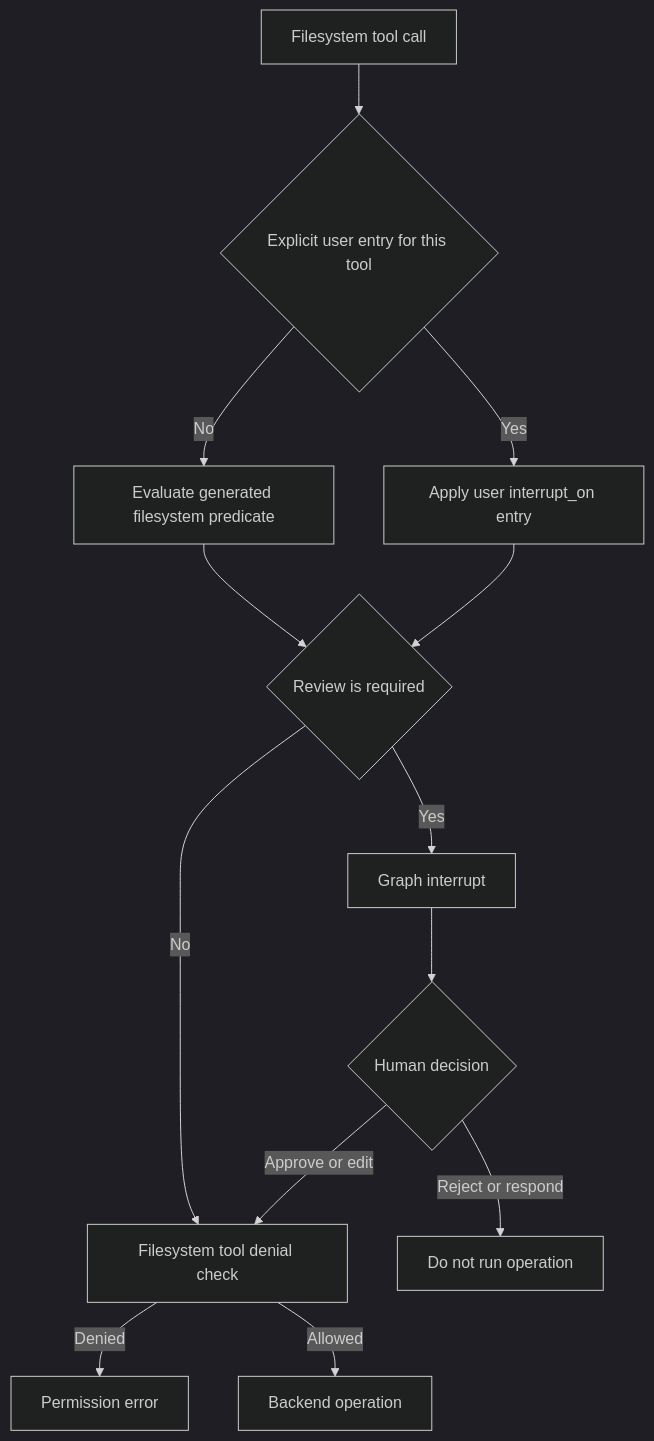
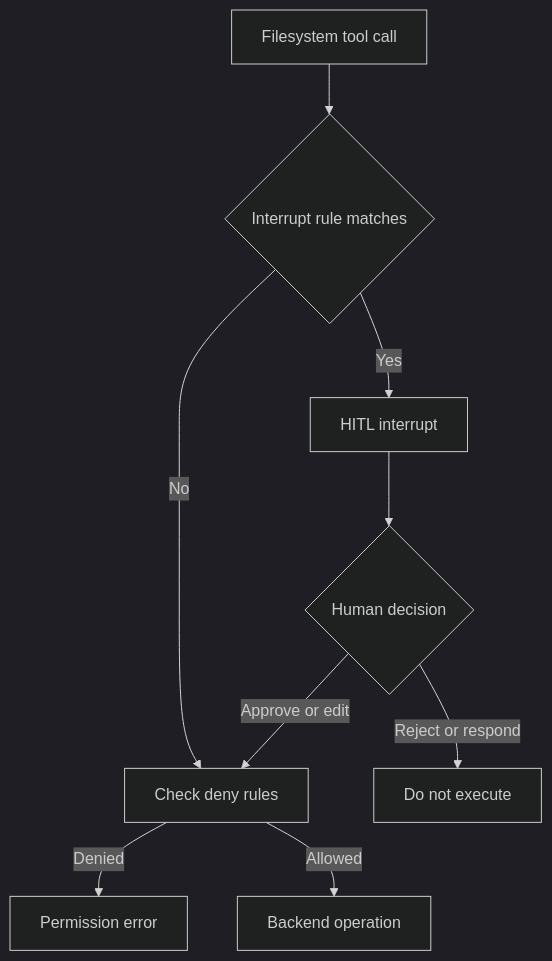
Before and after one commit to langchain-ai/deepagents: the first of 2 diagrams in openwiki/concepts/permissions-hitl.md, drawn with Mermaid (dark theme). The commit also changed other lines of this file and 35 other files, not shown here.

````diff
--- a/openwiki/concepts/permissions-hitl.md
+++ b/openwiki/concepts/permissions-hitl.md
@@ -83,15 +39,11 @@
 ```mermaid
 flowchart TD
-    Call["Filesystem tool call"] --> Route{"Explicit user entry for this tool"}
-    Route -->|Yes| UserRoute["Apply user interrupt_on entry"]
-    Route -->|No| Generated["Evaluate generated filesystem predicate"]
-    Generated --> Gate{"Review is required"}
-    UserRoute --> Gate
-    Gate -->|Yes| Pause["Graph interrupt"]
-    Gate -->|No| Check["Filesystem tool denial check"]
+    Call["Filesystem tool call"] --> Review{"Interrupt rule matches"}
+    Review -->|"Yes"| Pause["HITL interrupt"]
+    Review -->|"No"| Check["Check deny rules"]
     Pause --> Decision{"Human decision"}
-    Decision -->|Reject or respond| Halt["Do not run operation"]
-    Decision -->|Approve or edit| Check
-    Check -->|Denied| Denied["Permission error"]
-    Check -->|Allowed| Run["Backend operation"]
+    Decision -->|"Approve or edit"| Check
+    Decision -->|"Reject or respond"| Stop["Do not execute"]
+    Check -->|"Denied"| Error["Permission error"]
+    Check -->|"Allowed"| Backend["Backend operation"]
 ```
````
